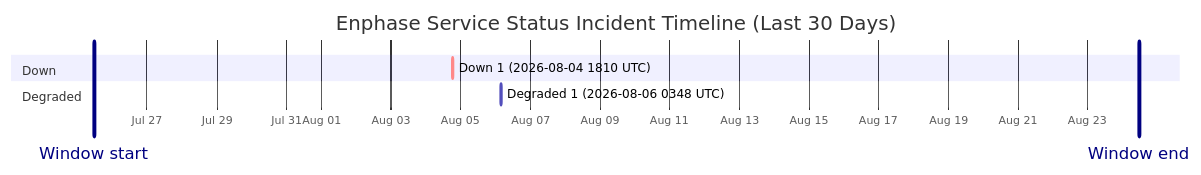
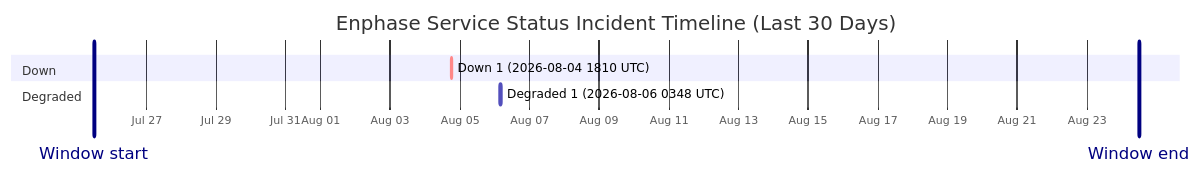
Before and after one commit to barneyonline/ha-enphase-energy: the diagram in wiki/Service-Status-History.md, drawn with Mermaid. The commit also changed other lines of this file and 3 other files, not shown here.

````diff
--- a/wiki/Service-Status-History.md
+++ b/wiki/Service-Status-History.md
@@ -14,12 +14,12 @@
 ```mermaid
 gantt
     title Enphase Service Status Incident Timeline (Last 30 Days)
     dateFormat  YYYY-MM-DDTHH:mm:ss
     axisFormat  %b %d
-    Window start :vert, window-start, 2026-07-25T11:25:38, 0ms
-    Window end :vert, window-end, 2026-08-24T11:25:38, 0ms
+    Window start :vert, window-start, 2026-07-25T11:53:39, 0ms
+    Window end :vert, window-end, 2026-08-24T11:53:39, 0ms
     section Down
     Down 1 (2026-08-04 1810 UTC) :crit, down-1, 2026-08-04T18:10:46, 60m
     section Degraded
     Degraded 1 (2026-08-06 0348 UTC) :active, degraded-1, 2026-08-06T03:48:14, 60m
 ```
````
